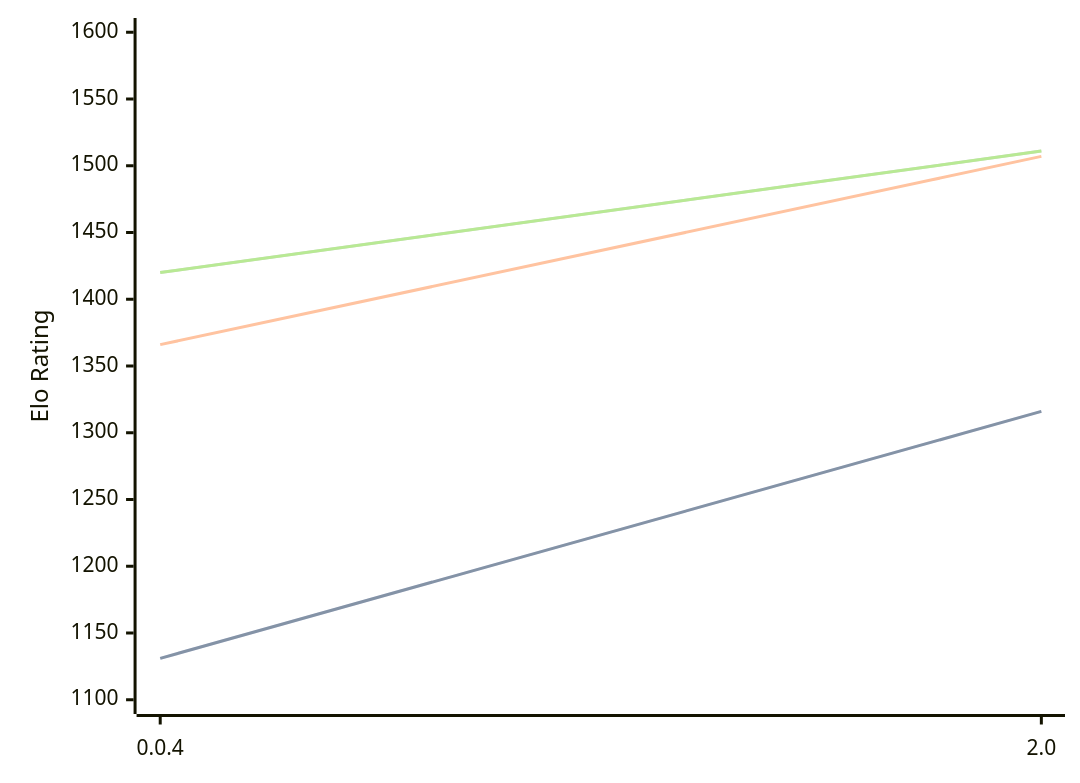
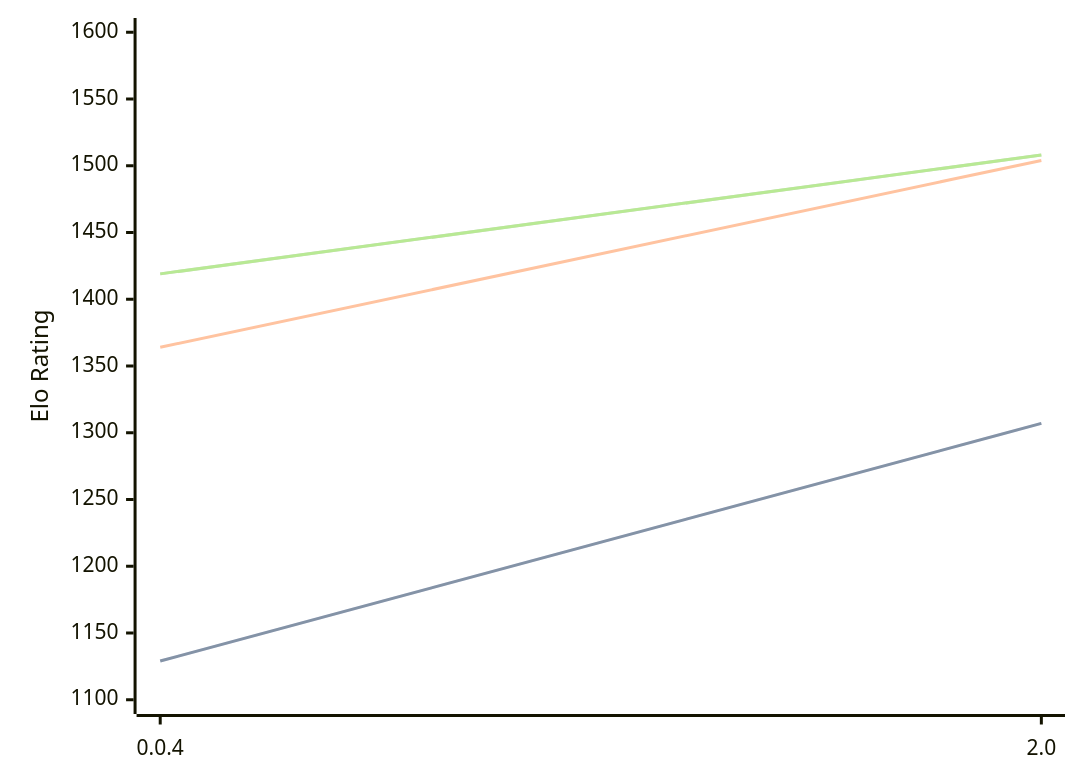
The diagram in engines/Oops!Mate.md (computer-chess-index/cci), drawn with Mermaid before and after one commit. The commit also changed other lines of this file, not shown here.

Commit message:
Update CCI Ratings (ELO VLTC) - 2026-03-11

````diff
--- a/engines/Oops!Mate.md
+++ b/engines/Oops!Mate.md
@@ -49,11 +49,11 @@
 ```mermaid
 %%{init: {"theme":"base","themeVariables":{"seriesColors:['#a3a3a3','#222221','#faa371']}}}%%
 xychart-beta
   x-axis ["0.0.4", "2.0"]
   y-axis "Elo Rating" 1100 --> 1600
-  line "STC (8.0+0.08s)" [1131, 1316]
-  line "STC (8.0+0.08s)" [1131, 1316]
-  line "LTC (60.0+0.60s)" [1366, 1507]
-  line "VLTC (2m24s+1.12s)" [1420, 1511]
-  line "VLTC (2m24s+1.12s)" [1420, 1511]
+  line "STC (8.0+0.08s)" [1129, 1307]
+  line "STC (8.0+0.08s)" [1129, 1307]
+  line "LTC (60.0+0.60s)" [1364, 1504]
+  line "VLTC (2m24s+1.12s)" [1419, 1508]
+  line "VLTC (2m24s+1.12s)" [1419, 1508]
 ```
````
